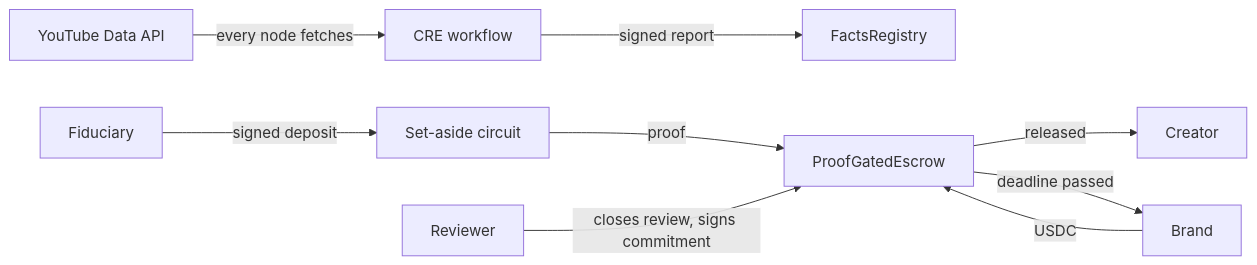
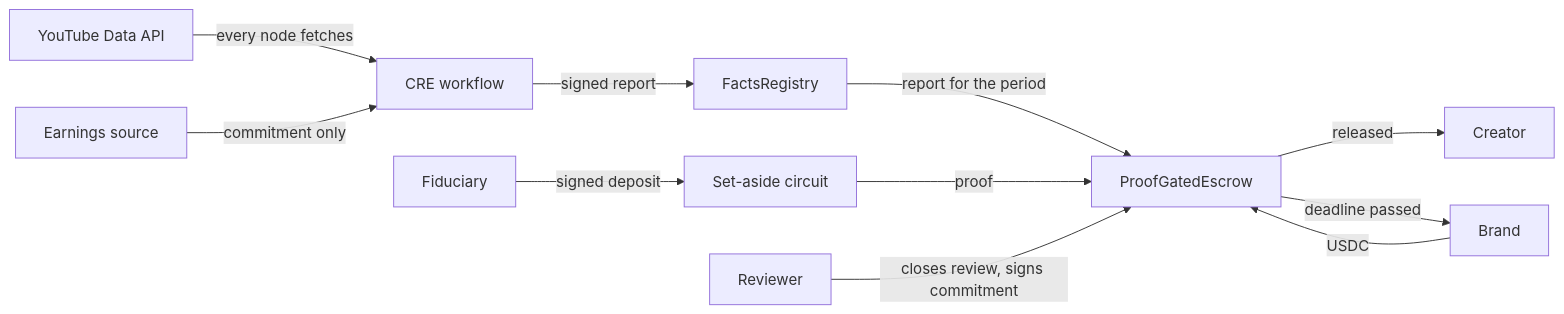
One commit to YASASWIP012/eighteen changed the diagram in ARCHITECTURE.md. Above: the diagram before and after it, drawn with Mermaid. The commit also changed other lines of this file and 25 other files, not shown here.

````diff
--- a/ARCHITECTURE.md
+++ b/ARCHITECTURE.md
@@ -3,11 +3,13 @@
 ```mermaid
 flowchart LR
   YT[YouTube Data API] -->|every node fetches| WF[CRE workflow]
+  EA[Earnings source] -->|commitment only| WF
   WF -->|signed report| FR[FactsRegistry]
+  FR -->|report for the period| ESC
   FID[Fiduciary] -->|signed deposit| ZK[Set-aside circuit]
   ZK -->|proof| ESC[ProofGatedEscrow]
   REV[Reviewer] -->|closes review, signs commitment| ESC
   BR[Brand] -->|USDC| ESC
   ESC -->|released| CR[Creator]
   ESC -->|deadline passed| BR
 ```
````
